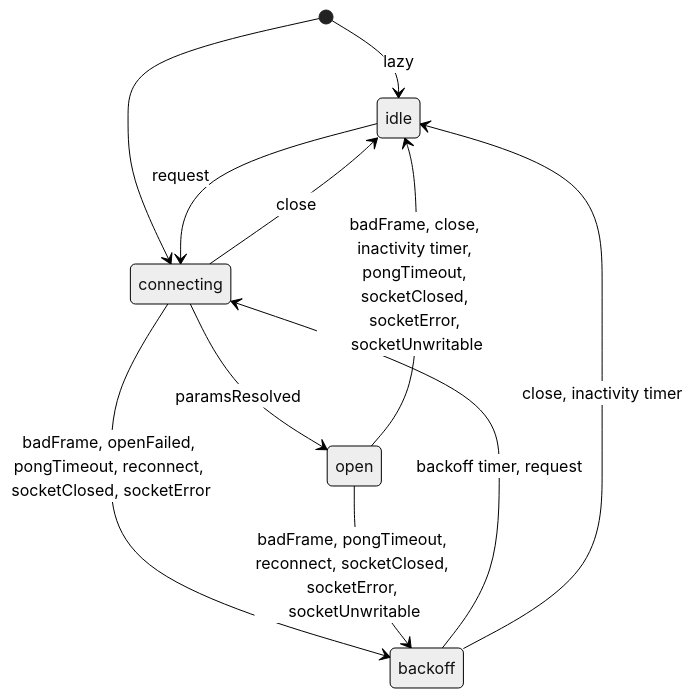
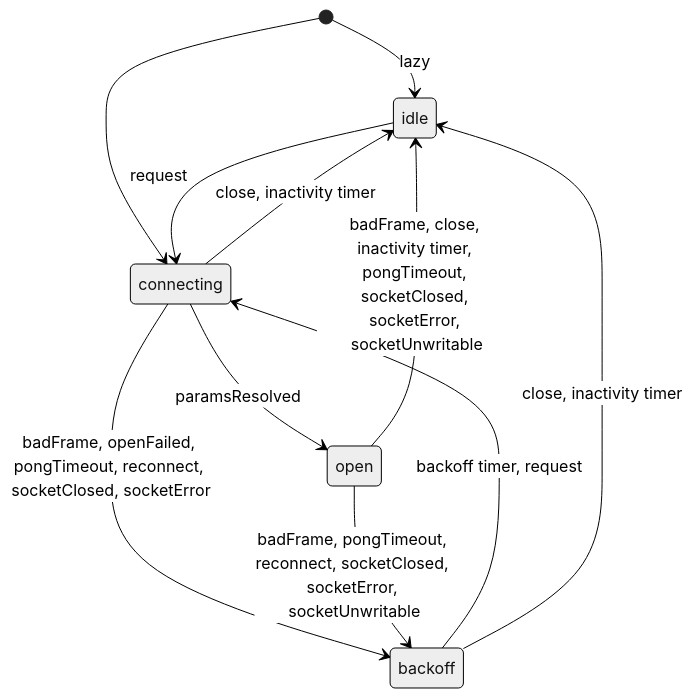
One commit to trpc/trpc changed the first of 4 diagrams in packages/tests/server/websockets.clientMachine.diagrams.md. Above: the diagram before and after it, drawn with Mermaid (neutral theme). The commit also changed other lines of this file and 5 other files, not shown here.

````diff
--- a/packages/tests/server/websockets.clientMachine.diagrams.md
+++ b/packages/tests/server/websockets.clientMachine.diagrams.md
@@ -7,13 +7,13 @@
 ```mermaid
 stateDiagram-v2
   [*] --> idle : lazy
   [*] --> connecting
   backoff --> connecting : backoff timer, request
   backoff --> idle : close, inactivity timer
   connecting --> backoff : badFrame, openFailed, pongTimeout, reconnect, socketClosed, socketError
-  connecting --> idle : close
+  connecting --> idle : close, inactivity timer
   connecting --> open : paramsResolved
   idle --> connecting : request
   open --> backoff : badFrame, pongTimeout, reconnect, socketClosed, socketError, socketUnwritable
   open --> idle : badFrame, close, inactivity timer, pongTimeout, socketClosed, socketError, socketUnwritable
 ```
````
